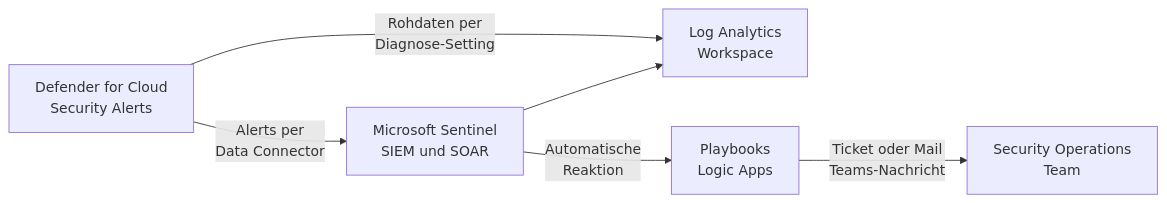
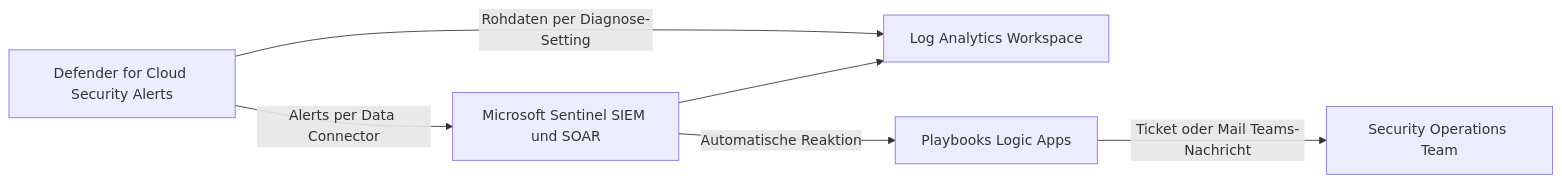
The fourth of 6 diagrams in Microsoft 365/Azure/Sicherheit/Microsoft Defender for Cloud.md (SoniiiT/notes-n-docs), drawn with Mermaid before and after one commit. The commit also changed other lines of this file and 124 other files, not shown here.

First line of the commit message:
fix: Entferne \n aus allen Mermaid-Diagrammen (125 Dateien)

````diff
--- a/Microsoft 365/Azure/Sicherheit/Microsoft Defender for Cloud.md
+++ b/Microsoft 365/Azure/Sicherheit/Microsoft Defender for Cloud.md
@@ -309,14 +309,14 @@
 ```mermaid
 graph LR
-    MDfC["Defender for Cloud\nSecurity Alerts"]
-    SENT["Microsoft Sentinel\nSIEM und SOAR"]
-    LAW["Log Analytics\nWorkspace"]
-    PLAY["Playbooks\nLogic Apps"]
-    SOC["Security Operations\nTeam"]
+    MDfC["Defender for Cloud Security Alerts"]
+    SENT["Microsoft Sentinel SIEM und SOAR"]
+    LAW["Log Analytics Workspace"]
+    PLAY["Playbooks Logic Apps"]
+    SOC["Security Operations Team"]
 
-    MDfC -->|"Alerts per\nData Connector"| SENT
-    MDfC -->|"Rohdaten per\nDiagnose-Setting"| LAW
+    MDfC -->|"Alerts per Data Connector"| SENT
+    MDfC -->|"Rohdaten per Diagnose-Setting"| LAW
     SENT --> LAW
-    SENT -->|"Automatische\nReaktion"| PLAY
-    PLAY -->|"Ticket oder Mail\nTeams-Nachricht"| SOC
+    SENT -->|"Automatische Reaktion"| PLAY
+    PLAY -->|"Ticket oder Mail Teams-Nachricht"| SOC
 ```
````
